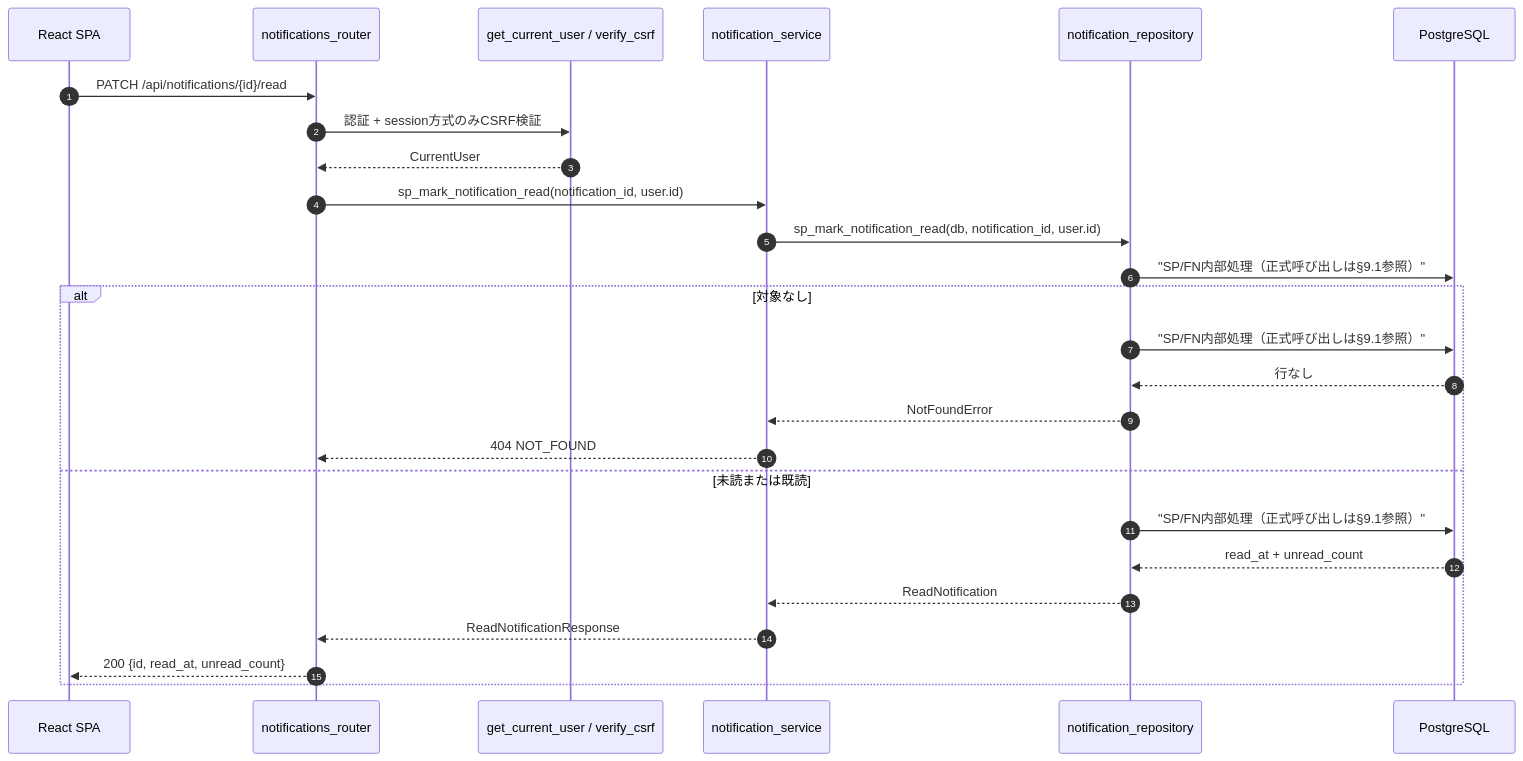
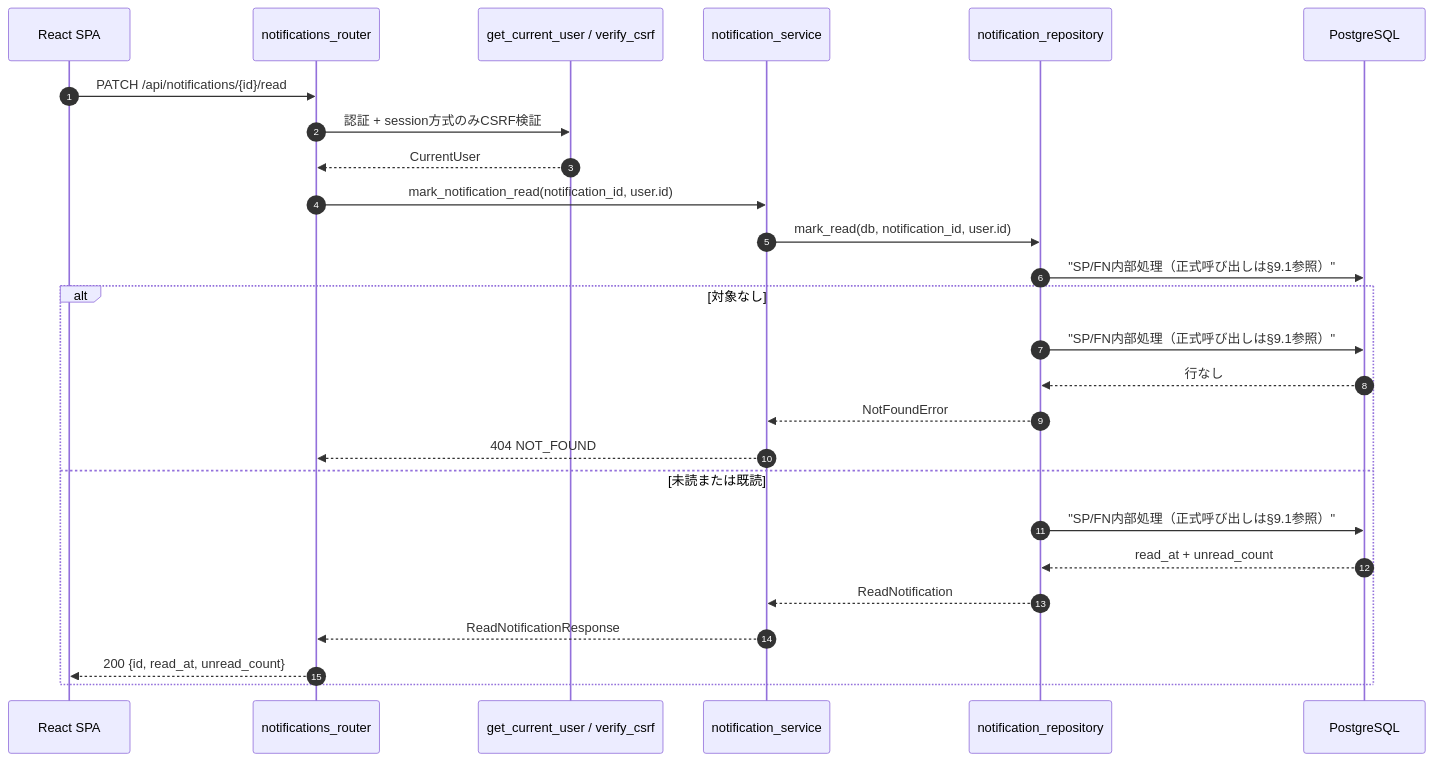
Before and after one commit to oikawa-d/task_management: the first of 4 diagrams in docs/detailed_design/api/notifications/03_patch_notification_read.md, drawn with Mermaid. The commit also changed other lines of this file and 73 other files, not shown here.

````diff
--- a/docs/detailed_design/api/notifications/03_patch_notification_read.md
+++ b/docs/detailed_design/api/notifications/03_patch_notification_read.md
@@ -66,29 +66,29 @@
 ```mermaid
 sequenceDiagram
     autonumber
     participant FE as React SPA
     participant R as notifications_router
     participant D as get_current_user / verify_csrf
     participant S as notification_service
     participant NR as notification_repository
     participant PG as PostgreSQL
 
     FE->>R: PATCH /api/notifications/{id}/read
     R->>D: 認証 + session方式のみCSRF検証
     D-->>R: CurrentUser
-    R->>S: sp_mark_notification_read(notification_id, user.id)
-    S->>NR: sp_mark_notification_read(db, notification_id, user.id)
+    R->>S: mark_notification_read(notification_id, user.id)
+    S->>NR: mark_read(db, notification_id, user.id)
     NR->>PG: "SP/FN内部処理（正式呼び出しは§9.1参照）"
     alt 対象なし
         NR->>PG: "SP/FN内部処理（正式呼び出しは§9.1参照）"
         PG-->>NR: 行なし
         NR-->>S: NotFoundError
         S-->>R: 404 NOT_FOUND
     else 未読または既読
         NR->>PG: "SP/FN内部処理（正式呼び出しは§9.1参照）"
         PG-->>NR: read_at + unread_count
         NR-->>S: ReadNotification
         S-->>R: ReadNotificationResponse
         R-->>FE: 200 {id, read_at, unread_count}
     end
 ```
````
